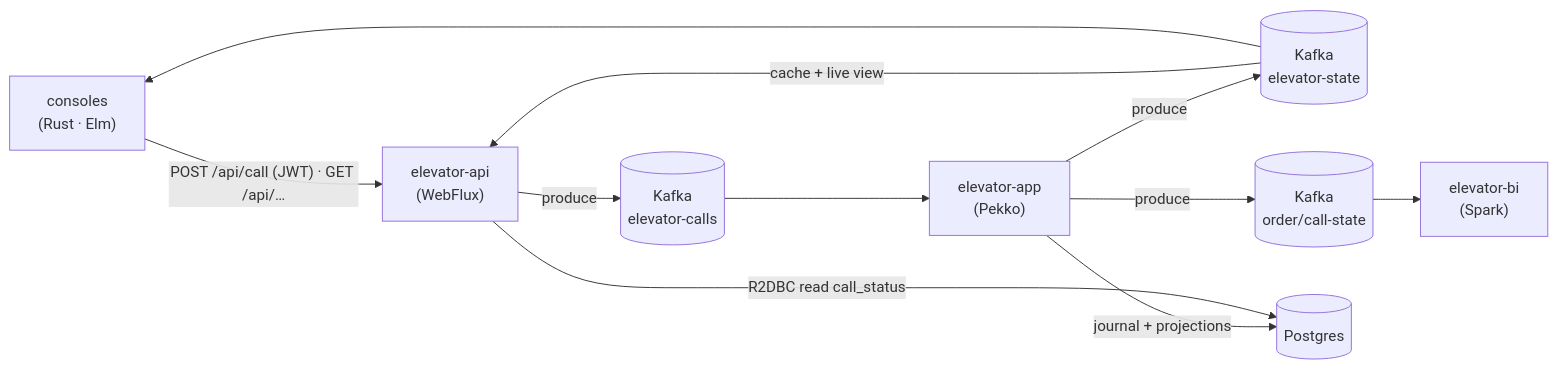
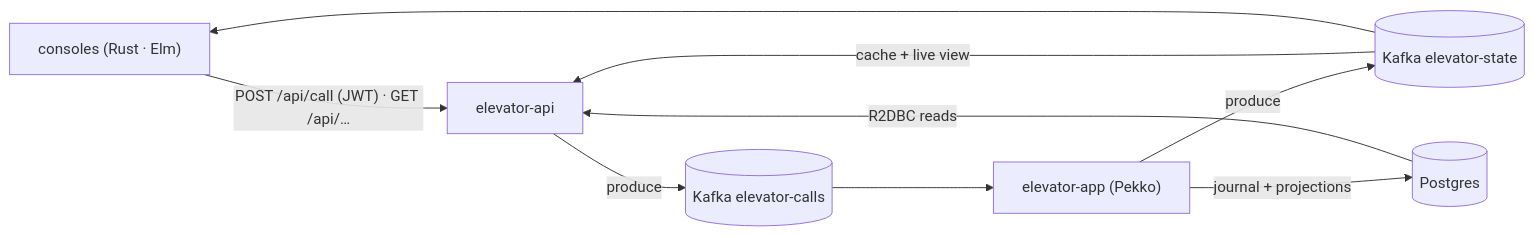
Before and after one commit to TwistedLady/elevator-system: the diagram in README.md, drawn with Mermaid. The commit also changed other lines of this file and 1 other file, not shown here.

````diff
--- a/README.md
+++ b/README.md
@@ -114,20 +66,8 @@
 ```mermaid
 flowchart LR
-  console["consoles<br/>(Rust · Elm)"]
-  api["elevator-api<br/>(WebFlux)"]
-  app["elevator-app<br/>(Pekko)"]
-  calls[("Kafka<br/>elevator-calls")]
-  state[("Kafka<br/>elevator-state")]
-  ostate[("Kafka<br/>order/call-state")]
-  bi["elevator-bi<br/>(Spark)"]
-  pg[("Postgres")]
-
-  console -->|"POST /api/call (JWT) · GET /api/…"| api
-  api -->|produce| calls --> app
-  app -->|produce| state
-  app -->|produce| ostate --> bi
-  state -->|cache + live view| api
+  console["consoles (Rust · Elm)"] -->|"POST /api/call (JWT) · GET /api/…"| api["elevator-api"]
+  api -->|produce| calls[("Kafka elevator-calls")] --> app["elevator-app (Pekko)"]
+  app -->|produce| state[("Kafka elevator-state")] -->|cache + live view| api
   state --> console
-  app -->|journal + projections| pg
-  api -->|"R2DBC read call_status"| pg
+  app -->|journal + projections| pg[("Postgres")] -->|R2DBC reads| api
 ```
````
